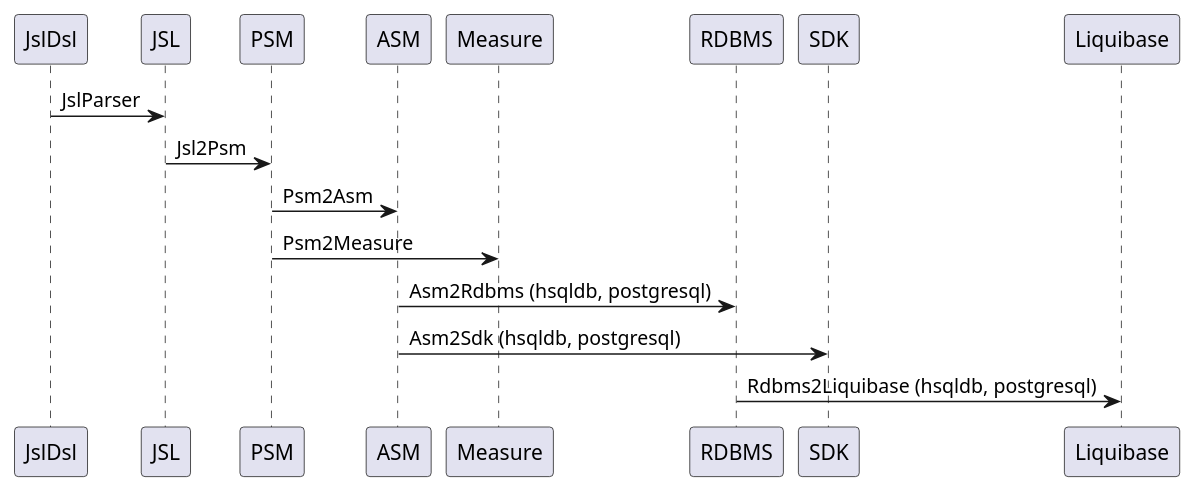
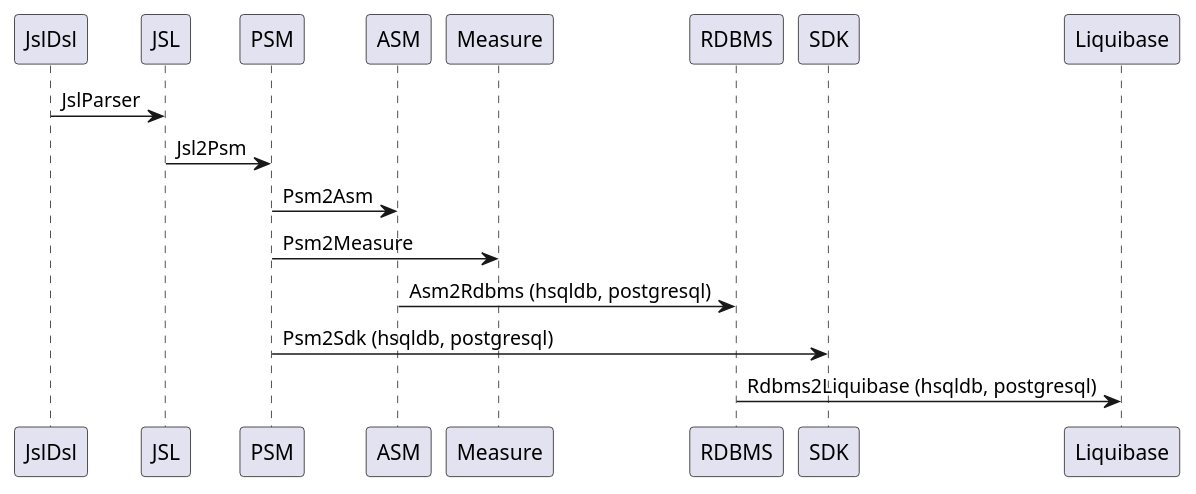
One commit to BlackBeltTechnology/judo-tatami-jsl changed the diagram in docs/pages/judo-tatami-jsl-workflow-maven-plugin.adoc. Above: the diagram before and after it, drawn with PlantUML. The commit also changed other lines of this file and 10 other files, not shown here.

First line of the commit message:
JNG-4775 Using Psm2SDK Generator Volume 2 (#172)

```diff
--- a/docs/pages/judo-tatami-jsl-workflow-maven-plugin.adoc
+++ b/docs/pages/judo-tatami-jsl-workflow-maven-plugin.adoc
@@ -52,13 +52,13 @@
 [plantuml, target=diagram-classes, format=png]
 ----
 @startuml
 JslDsl -> JSL: JslParser
 JSL -> PSM: Jsl2Psm
 PSM -> ASM: Psm2Asm
 PSM -> Measure: Psm2Measure
 ASM -> RDBMS: Asm2Rdbms (hsqldb, postgresql)
-ASM -> SDK: Asm2Sdk (hsqldb, postgresql)
+PSM -> SDK: Psm2Sdk (hsqldb, postgresql)
 RDBMS -> Liquibase: Rdbms2Liquibase (hsqldb, postgresql)
 
 @enduml
 ----
```
